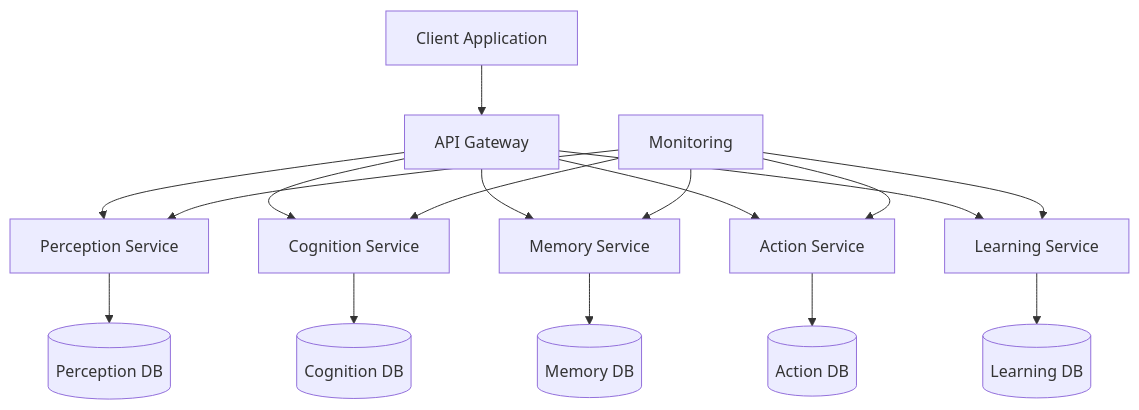
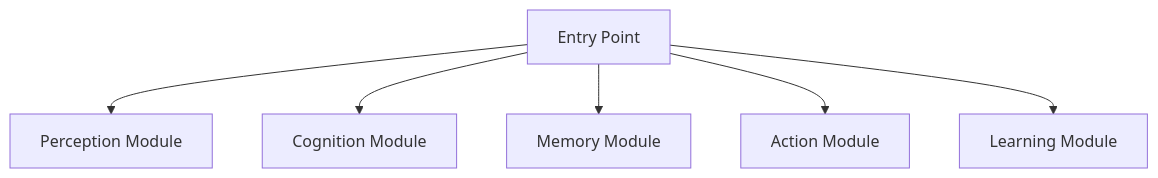
The fifth of 6 diagrams in docs/templates/cognitive_architecture_template.md (ActiveInferenceInstitute/cognitive), drawn with Mermaid before and after one commit. The commit also changed other lines of this file and 749 other files, not shown here.

````diff
--- a/docs/templates/cognitive_architecture_template.md
+++ b/docs/templates/cognitive_architecture_template.md
@@ -306,37 +306,15 @@
 ```mermaid
 
 flowchart TD
 
-    A[Client Application] --> B[API Gateway]
+    A[Entry Point] --> B[Perception Module]
 
-    B --> C[Perception Service]
+    A --> C[Cognition Module]
 
-    B --> D[Cognition Service]
+    A --> D[Memory Module]
 
-    B --> E[Memory Service]
+    A --> E[Action Module]
 
-    B --> F[Action Service]
-
-    B --> G[Learning Service]
-
-    C --> H[(Perception DB)]
-
-    D --> I[(Cognition DB)]
-
-    E --> J[(Memory DB)]
-
-    F --> K[(Action DB)]
-
-    G --> L[(Learning DB)]
-
-    M[Monitoring] --> C
-
-    M --> D
-
-    M --> E
-
-    M --> F
-
-    M --> G
+    A --> F[Learning Module]
 
 ```
````
